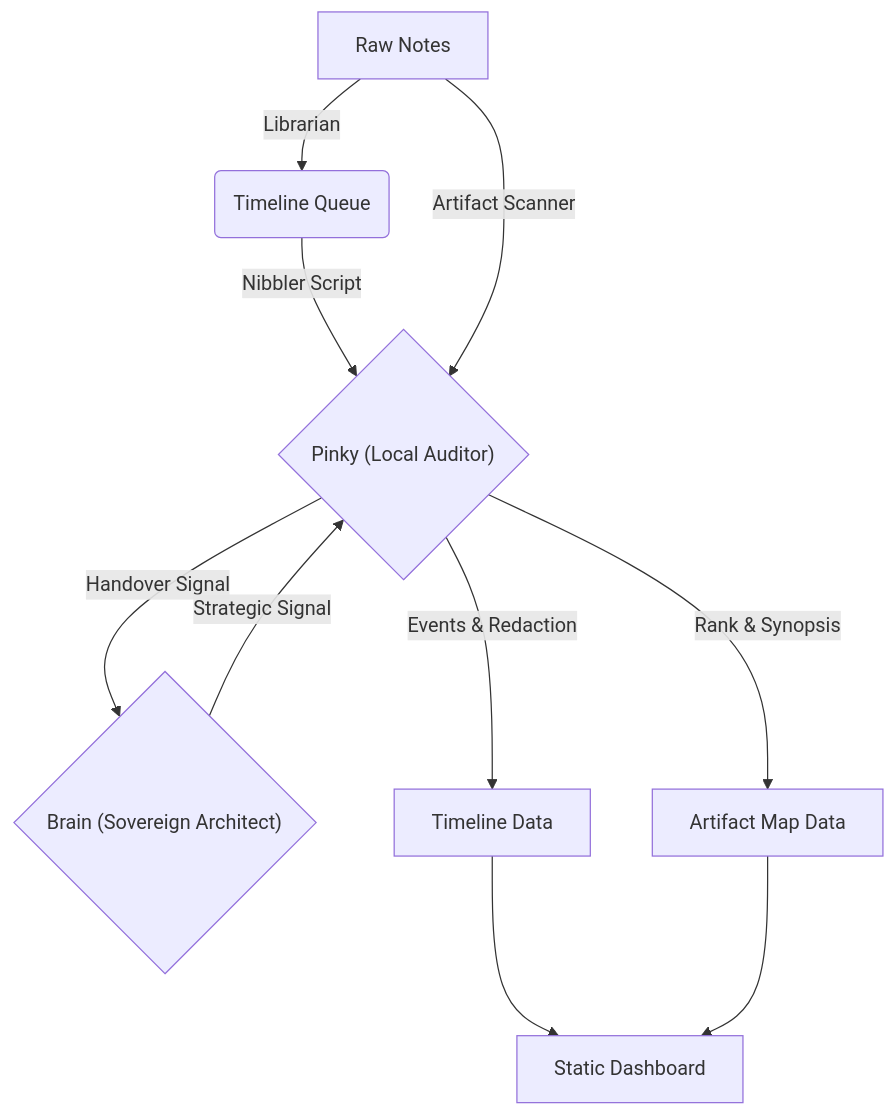
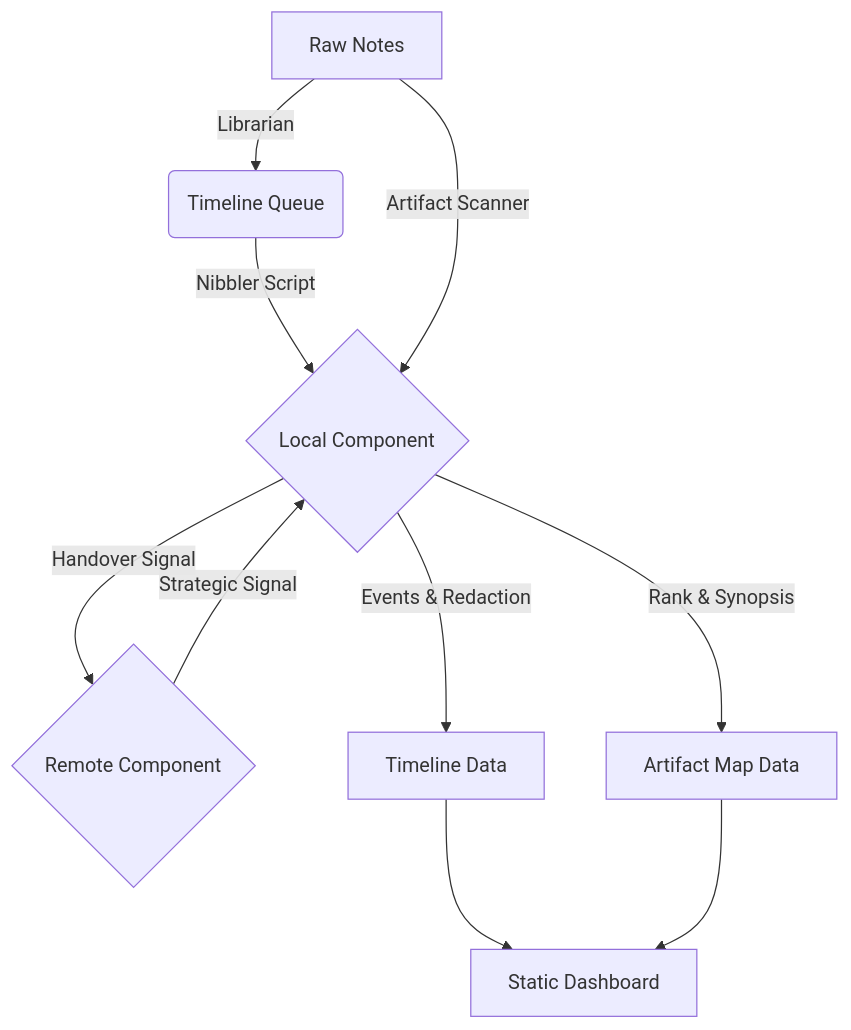
Before and after one commit to kEnder242/Portfolio_Dev: the diagram in README.md, drawn with Mermaid. The commit also changed other lines of this file and 3 other files, not shown here.

````diff
--- a/README.md
+++ b/README.md
@@ -29,11 +29,11 @@
 ```mermaid
 graph TD
     A[Raw Notes] -->|Librarian| B(Timeline Queue)
-    B -->|Nibbler Script| C{"Pinky (Local Auditor)"}
+    B -->|Nibbler Script| C{"Local Component"}
     A -->|Artifact Scanner| C
-    C -->|Handover Signal| G{"Brain (Sovereign Architect)"}
+    C -->|Handover Signal| G{"Remote Component"}
     G -->|Strategic Signal| C
     C -->|Events & Redaction| D[Timeline Data]
     C -->|Rank & Synopsis| E[Artifact Map Data]
     D & E --> F[Static Dashboard]
 ```
````
